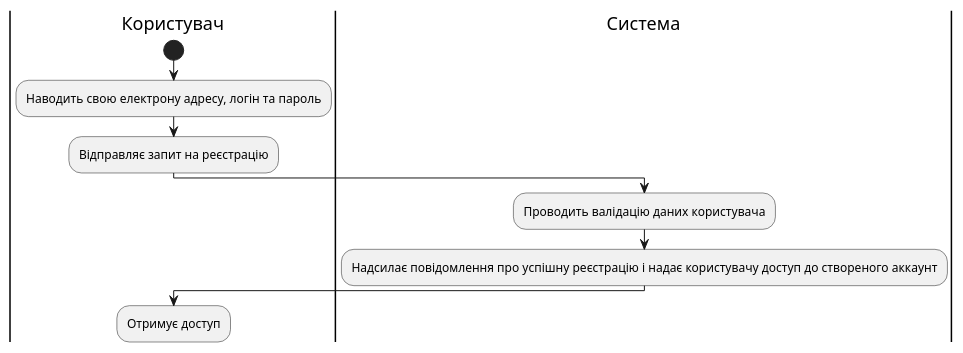
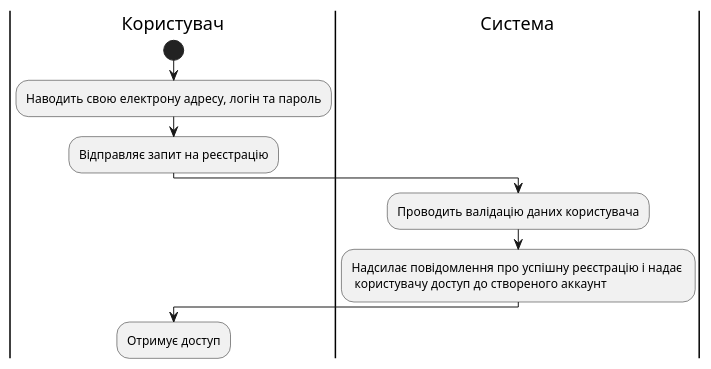
The second of 16 diagrams in docs/use cases/README.md (ukioxz/media-content-analyzing-system), drawn with PlantUML before and after one commit. The commit also changed other lines of this file and 2 other files, not shown here.

```diff
--- a/docs/use cases/README.md
+++ b/docs/use cases/README.md
@@ -91,22 +86,21 @@
 @startuml
-  
+
 |Користувач|
   
 start
   
 :Наводить свою електрону адресу, логін та пароль;
   
 :Відправляє запит на реєстрацію;
   
 |#AntiqueWhite|Система
   
 :Проводить валідацію даних користувача;
   
-:Надсилає повідомлення про успішну реєстрацію і надає користувачу доступ до створеного аккаунт;
+:Надсилає повідомлення про успішну реєстрацію і надає \n користувачу доступ до створеного аккаунт;
   
 |Користувач|
   
 :Отримує доступ;
   
-
 @enduml
```
